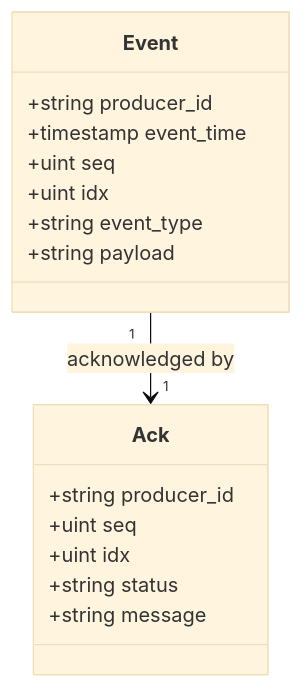
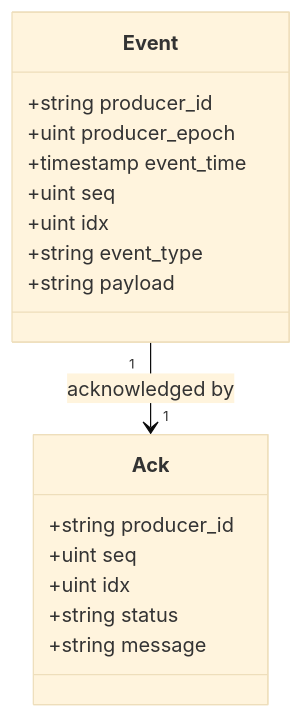
Before and after one commit to PratyushVishal11011/Fairgate: the fourth of 15 diagrams in README.md, drawn with Mermaid (base theme). The commit also changed other lines of this file and 1 other file, not shown here.

````diff
--- a/README.md
+++ b/README.md
@@ -363,19 +407,20 @@
 ```mermaid
 classDiagram
     class Event {
         +string producer_id
+        +uint producer_epoch
         +timestamp event_time
         +uint seq
         +uint idx
         +string event_type
         +string payload
     }
     class Ack {
         +string producer_id
         +uint seq
         +uint idx
         +string status
         +string message
     }
     Event "1" --> "1" Ack : acknowledged by
 ```
````
